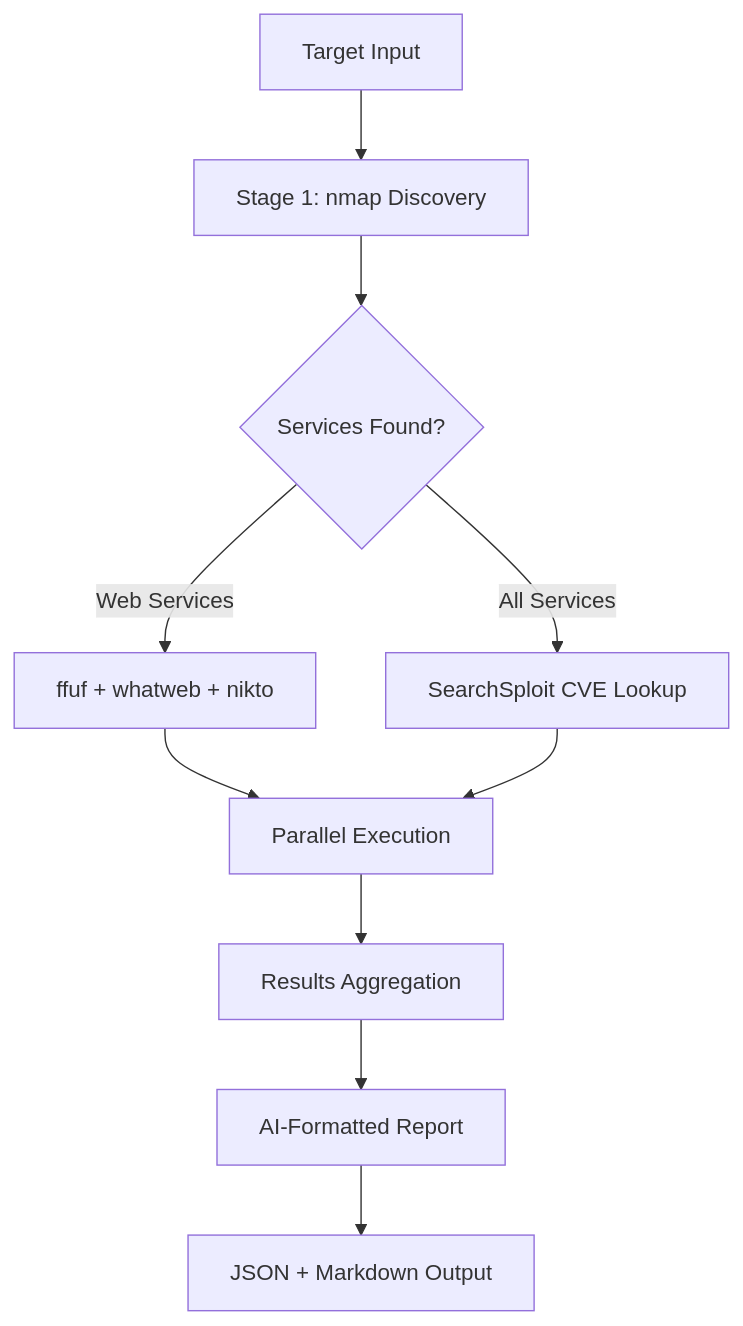
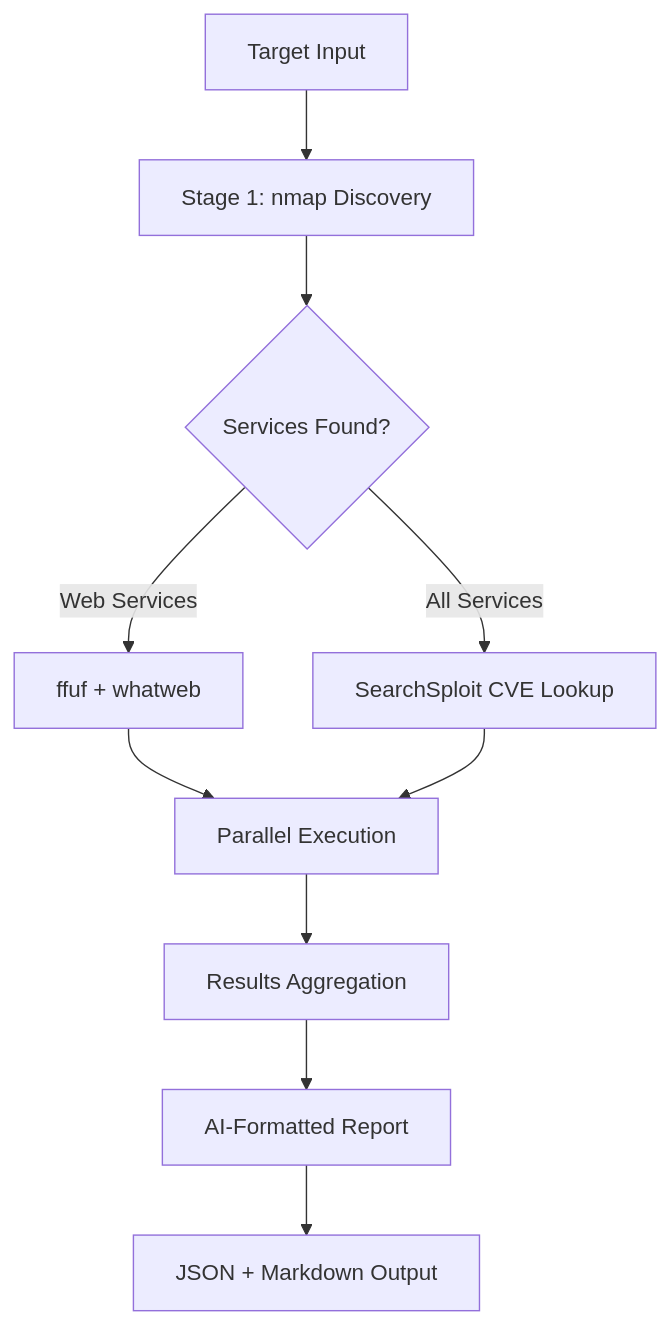
The diagram in README.md (shinjonghyeop/Capstone), drawn with Mermaid before and after one commit.

Commit message:
nikto out

````diff
--- a/README.md
+++ b/README.md
@@ -49,12 +49,12 @@
 ```mermaid
 graph TB
     A[Target Input] --> B[Stage 1: nmap Discovery]
     B --> C{Services Found?}
-    C -->|Web Services| D[ffuf + whatweb + nikto]
+    C -->|Web Services| D[ffuf + whatweb]
     C -->|All Services| E[SearchSploit CVE Lookup]
     D --> F[Parallel Execution]
     E --> F
     F --> G[Results Aggregation]
     G --> H[AI-Formatted Report]
     H --> I[JSON + Markdown Output]
 ```
````
